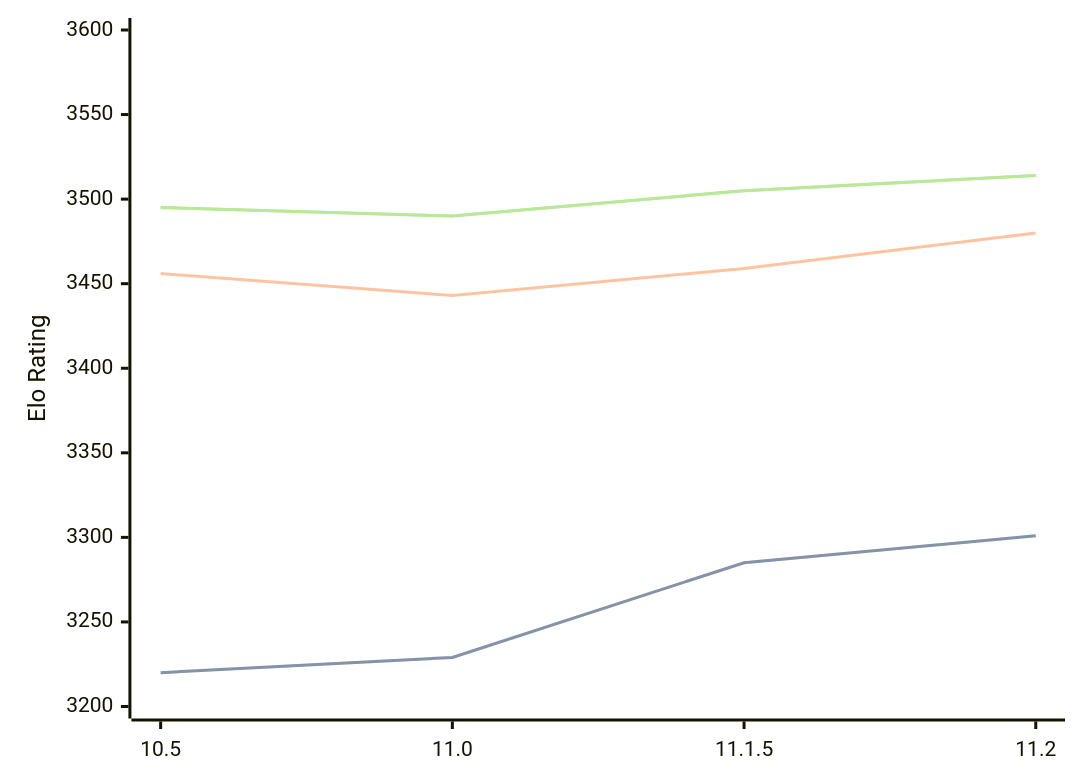
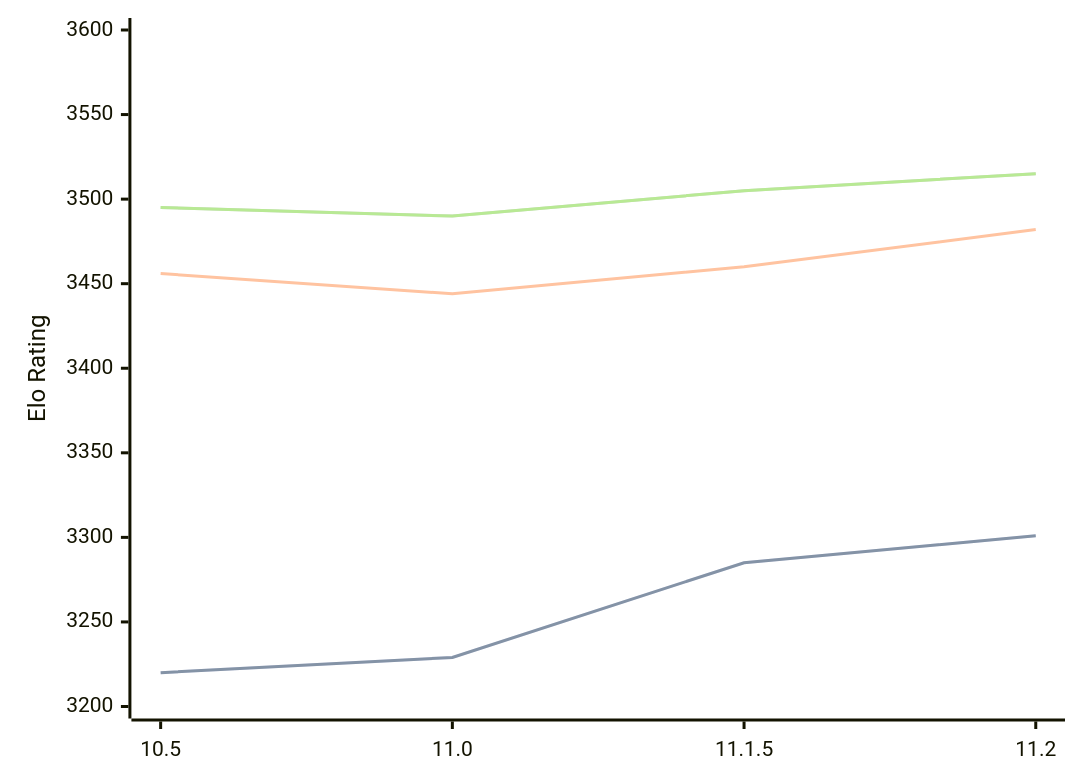
The diagram in engines/Lizard.md (computer-chess-index/cci), drawn with Mermaid before and after one commit. The commit also changed other lines of this file, not shown here.

Commit message:
Update CCI Ratings (ELO VLTC) - 2026-08-24

````diff
--- a/engines/Lizard.md
+++ b/engines/Lizard.md
@@ -34,11 +34,11 @@
 ```mermaid
 %%{init: {"theme":"base","themeVariables":{"seriesColors:['#a3a3a3','#222221','#faa371']}}}%%
 xychart-beta
   x-axis ["10.5", "11.0", "11.1.5", "11.2"]
   y-axis "Elo Rating" 3200 --> 3600
   line "STC (8.0+0.08s)" [3220, 3229, 3285, 3301]
   line "STC (8.0+0.08s)" [3220, 3229, 3285, 3301]
-  line "LTC (60.0+0.60s)" [3456, 3443, 3459, 3480]
-  line "VLTC (2m24s+1.12s)" [3495, 3490, 3505, 3514]
-  line "VLTC (2m24s+1.12s)" [3495, 3490, 3505, 3514]
+  line "LTC (60.0+0.60s)" [3456, 3444, 3460, 3482]
+  line "VLTC (2m24s+1.12s)" [3495, 3490, 3505, 3515]
+  line "VLTC (2m24s+1.12s)" [3495, 3490, 3505, 3515]
 ```
````
